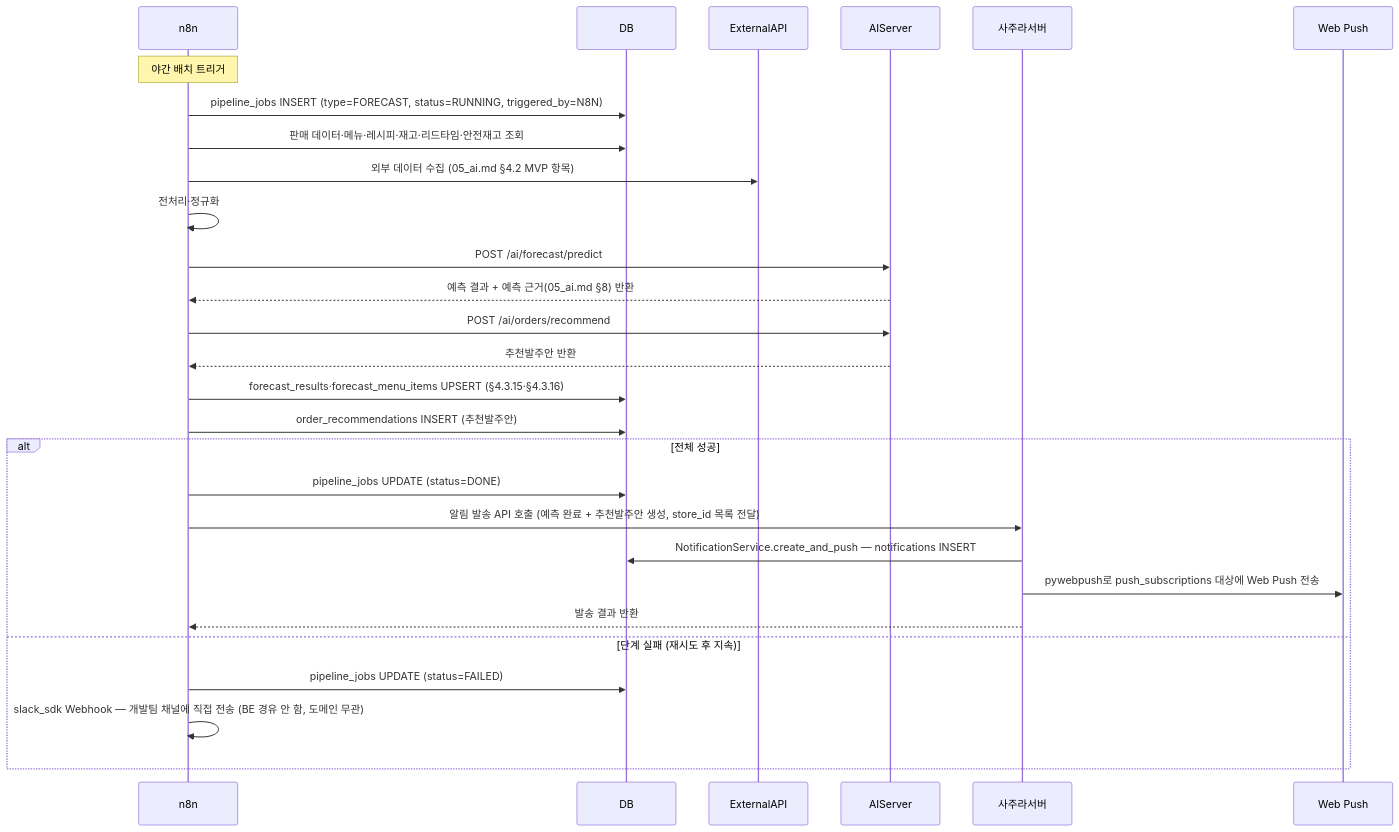
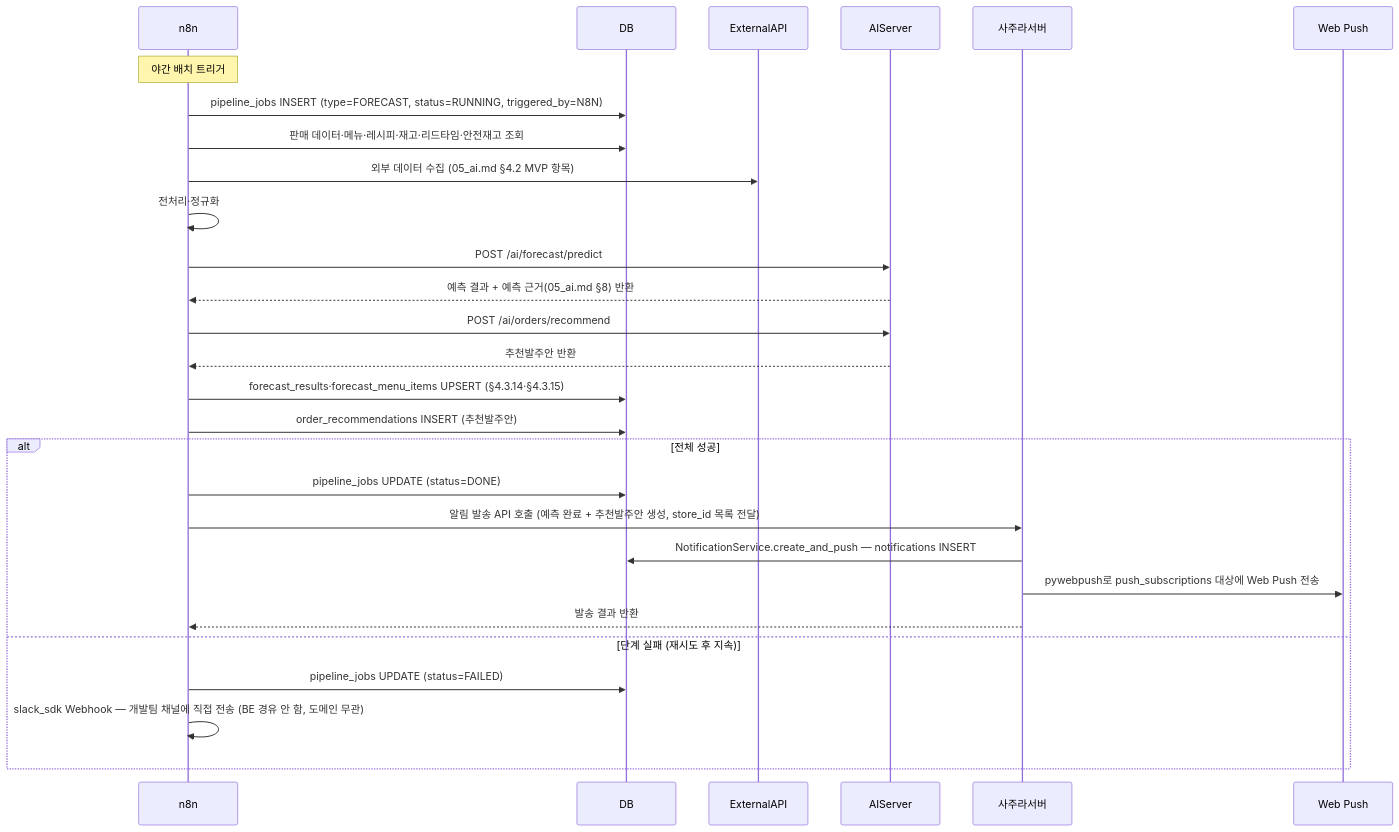
Before and after one commit to h-taek/CapstoneDesign-Sajura: the fourth of 8 diagrams in docs/spec/02_implementation_design.md, drawn with Mermaid. The commit also changed other lines of this file and 37 other files, not shown here.

````diff
--- a/docs/spec/02_implementation_design.md
+++ b/docs/spec/02_implementation_design.md
@@ -353,32 +356,32 @@
 ```mermaid
 sequenceDiagram
     participant n8n
     participant DB
     participant ExternalAPI
     participant AIServer
     participant BE as 사주라서버
     participant Push as Web Push
 
     Note over n8n: 야간 배치 트리거
     n8n->>DB: pipeline_jobs INSERT (type=FORECAST, status=RUNNING, triggered_by=N8N)
     n8n->>DB: 판매 데이터·메뉴·레시피·재고·리드타임·안전재고 조회
     n8n->>ExternalAPI: 외부 데이터 수집 (05_ai.md §4.2 MVP 항목)
     n8n->>n8n: 전처리·정규화
     n8n->>AIServer: POST /ai/forecast/predict
     AIServer-->>n8n: 예측 결과 + 예측 근거(05_ai.md §8) 반환
     n8n->>AIServer: POST /ai/orders/recommend
     AIServer-->>n8n: 추천발주안 반환
-    n8n->>DB: forecast_results·forecast_menu_items UPSERT (§4.3.15·§4.3.16)
+    n8n->>DB: forecast_results·forecast_menu_items UPSERT (§4.3.14·§4.3.15)
     n8n->>DB: order_recommendations INSERT (추천발주안)
 
     alt 전체 성공
         n8n->>DB: pipeline_jobs UPDATE (status=DONE)
         n8n->>BE: 알림 발송 API 호출 (예측 완료 + 추천발주안 생성, store_id 목록 전달)
         BE->>DB: NotificationService.create_and_push — notifications INSERT
         BE->>Push: pywebpush로 push_subscriptions 대상에 Web Push 전송
         BE-->>n8n: 발송 결과 반환
     else 단계 실패 (재시도 후 지속)
         n8n->>DB: pipeline_jobs UPDATE (status=FAILED)
         n8n->>n8n: slack_sdk Webhook — 개발팀 채널에 직접 전송 (BE 경유 안 함, 도메인 무관)
     end
 ```
````
